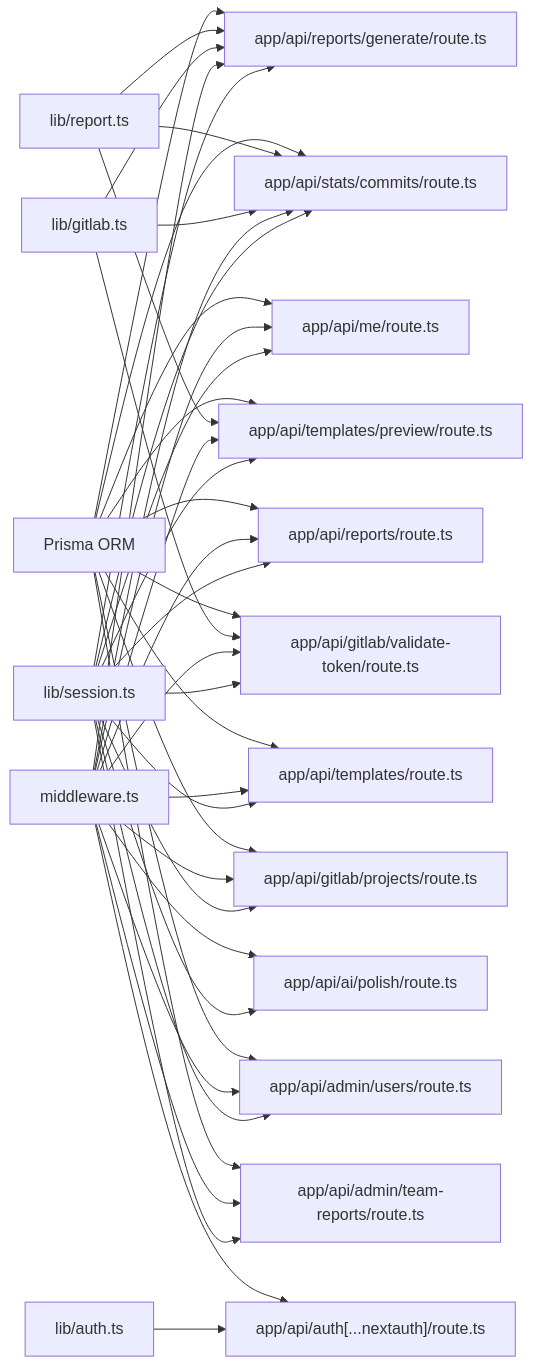
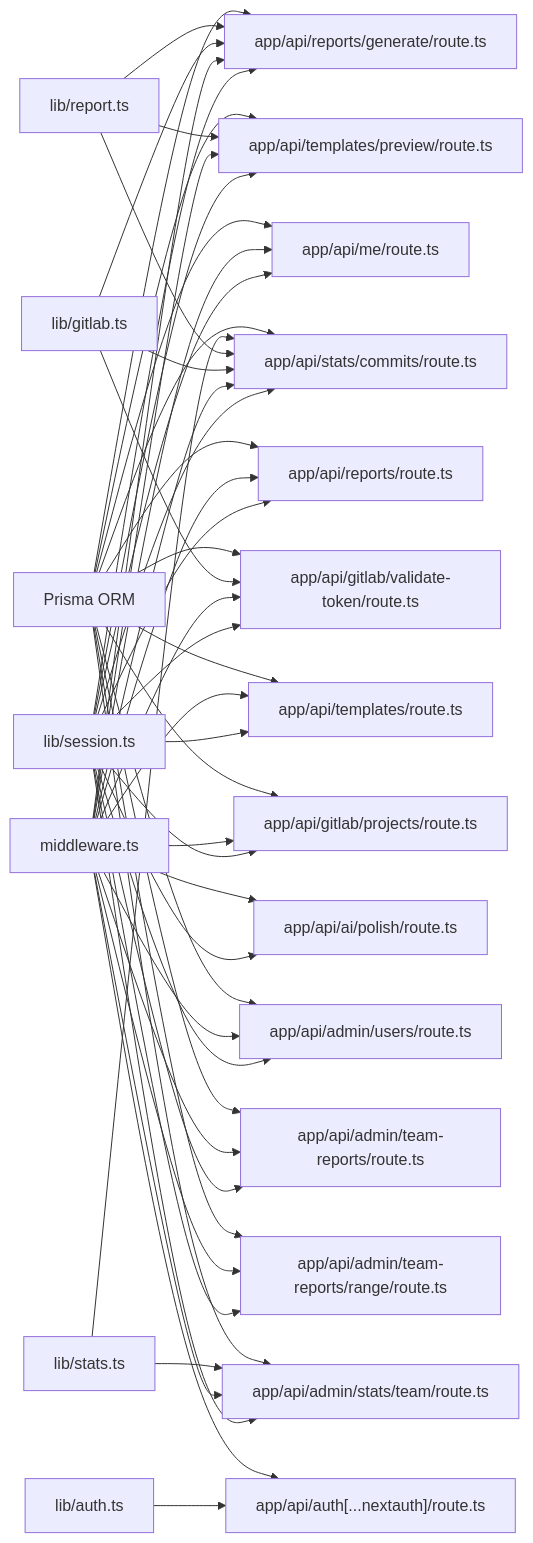
Before and after one commit to jrj444/git-daily: the third of 3 diagrams in .qoder/repowiki/en/content/API Reference/API Reference.md, drawn with Mermaid. The commit also changed other lines of this file and 8 other files, not shown here.

````diff
--- a/.qoder/repowiki/en/content/API Reference/API Reference.md
+++ b/.qoder/repowiki/en/content/API Reference/API Reference.md
@@ -510,43 +575,51 @@
 ```mermaid
 graph LR
 SESSION["lib/session.ts"] --> ROUTE_ME["app/api/me/route.ts"]
 SESSION --> ROUTE_REPORTS["app/api/reports/route.ts"]
 SESSION --> ROUTE_REPORTS_GEN["app/api/reports/generate/route.ts"]
 SESSION --> ROUTE_STATS_COMMITS["app/api/stats/commits/route.ts"]
 SESSION --> ROUTE_TEMPLATES["app/api/templates/route.ts"]
 SESSION --> ROUTE_TEMPLATES_PREVIEW["app/api/templates/preview/route.ts"]
 SESSION --> ROUTE_GITLAB_PROJ["app/api/gitlab/projects/route.ts"]
 SESSION --> ROUTE_GITLAB_VALIDATE["app/api/gitlab/validate-token/route.ts"]
 SESSION --> ROUTE_AI["app/api/ai/polish/route.ts"]
 SESSION --> ROUTE_ADMIN_USERS["app/api/admin/users/route.ts"]
 SESSION --> ROUTE_ADMIN_TEAM["app/api/admin/team-reports/route.ts"]
+SESSION --> ROUTE_ADMIN_TEAM_RANGE["app/api/admin/team-reports/range/route.ts"]
+SESSION --> ROUTE_ADMIN_TEAM_STATS["app/api/admin/stats/team/route.ts"]
 AUTH["lib/auth.ts"] --> ROUTE_AUTH["app/api/auth[...nextauth]/route.ts"]
 MWARE["middleware.ts"] --> ROUTE_AUTH
 MWARE --> ROUTE_ME
 MWARE --> ROUTE_REPORTS
 MWARE --> ROUTE_REPORTS_GEN
 MWARE --> ROUTE_STATS_COMMITS
 MWARE --> ROUTE_TEMPLATES
 MWARE --> ROUTE_TEMPLATES_PREVIEW
 MWARE --> ROUTE_GITLAB_PROJ
 MWARE --> ROUTE_GITLAB_VALIDATE
 MWARE --> ROUTE_AI
 MWARE --> ROUTE_ADMIN_USERS
 MWARE --> ROUTE_ADMIN_TEAM
+MWARE --> ROUTE_ADMIN_TEAM_RANGE
+MWARE --> ROUTE_ADMIN_TEAM_STATS
 GITLAB["lib/gitlab.ts"] --> ROUTE_REPORTS_GEN
 GITLAB --> ROUTE_STATS_COMMITS
 GITLAB --> ROUTE_GITLAB_VALIDATE
 REPORT["lib/report.ts"] --> ROUTE_REPORTS_GEN
 REPORT --> ROUTE_STATS_COMMITS
 REPORT --> ROUTE_TEMPLATES_PREVIEW
+STATS["lib/stats.ts"] --> ROUTE_STATS_COMMITS
+STATS --> ROUTE_ADMIN_TEAM_STATS
 PRISMA["Prisma ORM"] --> ROUTE_ME
 PRISMA --> ROUTE_REPORTS
 PRISMA --> ROUTE_REPORTS_GEN
 PRISMA --> ROUTE_STATS_COMMITS
 PRISMA --> ROUTE_TEMPLATES
 PRISMA --> ROUTE_TEMPLATES_PREVIEW
 PRISMA --> ROUTE_GITLAB_PROJ
 PRISMA --> ROUTE_GITLAB_VALIDATE
 PRISMA --> ROUTE_ADMIN_USERS
 PRISMA --> ROUTE_ADMIN_TEAM
+PRISMA --> ROUTE_ADMIN_TEAM_RANGE
+PRISMA --> ROUTE_ADMIN_TEAM_STATS
 ```
````
